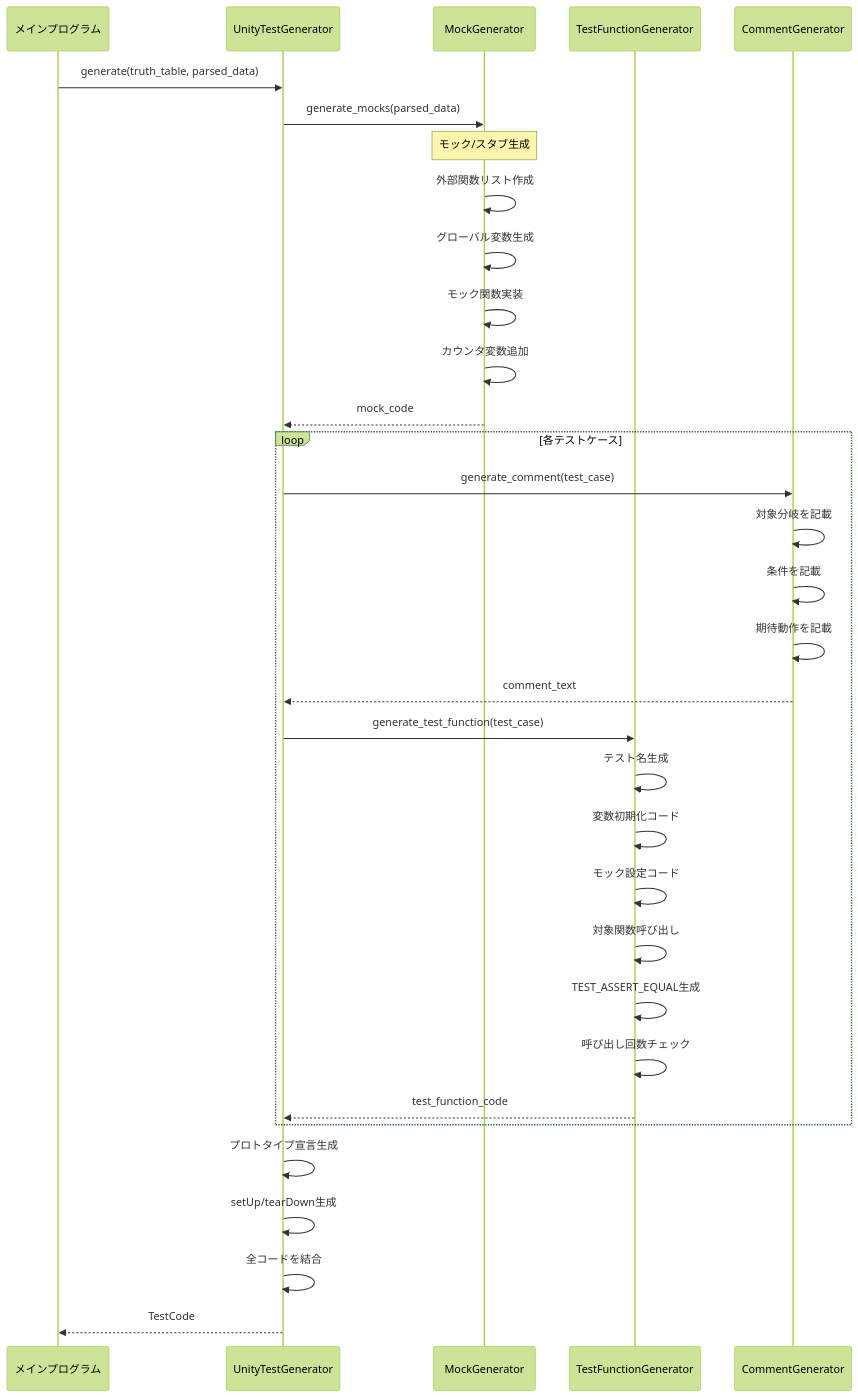
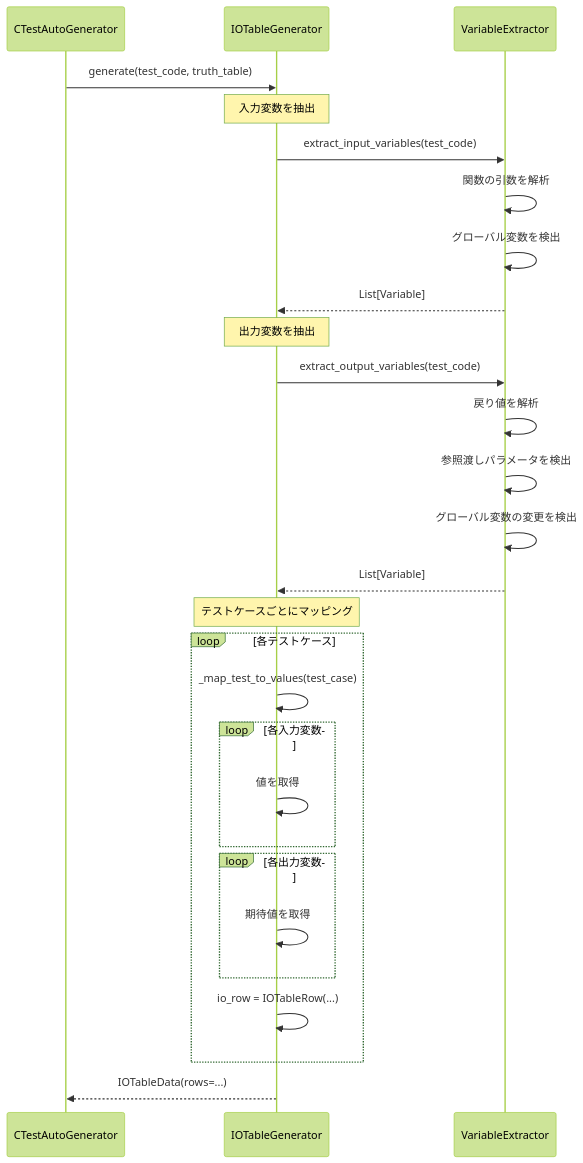
One commit to ryu5791/AutoUniTestGen changed the fifth of 9 diagrams in doc/design_sequence_diagram.md. Above: the diagram before and after it, drawn with Mermaid (forest theme). The commit also changed other lines of this file and 1 other file, not shown here.

Commit message:
v3.5.1(シーケンス図変更)

````diff
--- a/doc/design_sequence_diagram.md
+++ b/doc/design_sequence_diagram.md
@@ -137,40 +290,38 @@
 ```mermaid
 sequenceDiagram
-    participant Main as メインプログラム
-    participant TestGen as UnityTestGenerator
-    participant MockGen as MockGenerator
-    participant TestFuncGen as TestFunctionGenerator
-    participant CommentGen as CommentGenerator
+    participant Main as CTestAutoGenerator
+    participant IOGen as IOTableGenerator
+    participant VarExt as VariableExtractor
 
-    Main->>TestGen: generate(truth_table, parsed_data)
+    Main->>IOGen: generate(test_code, truth_table)
     
-    TestGen->>MockGen: generate_mocks(parsed_data)
-    Note over MockGen: モック/スタブ生成
-    MockGen->>MockGen: 外部関数リスト作成
-    MockGen->>MockGen: グローバル変数生成
-    MockGen->>MockGen: モック関数実装
-    MockGen->>MockGen: カウンタ変数追加
-    MockGen-->>TestGen: mock_code
+    Note over IOGen: 入力変数を抽出
+    IOGen->>VarExt: extract_input_variables(test_code)
+    VarExt->>VarExt: 関数の引数を解析
+    VarExt->>VarExt: グローバル変数を検出
+    VarExt-->>IOGen: List[Variable]
     
+    Note over IOGen: 出力変数を抽出
+    IOGen->>VarExt: extract_output_variables(test_code)
+    VarExt->>VarExt: 戻り値を解析
+    VarExt->>VarExt: 参照渡しパラメータを検出
+    VarExt->>VarExt: グローバル変数の変更を検出
+    VarExt-->>IOGen: List[Variable]
+    
+    Note over IOGen: テストケースごとにマッピング
     loop 各テストケース
-        TestGen->>CommentGen: generate_comment(test_case)
-        CommentGen->>CommentGen: 対象分岐を記載
-        CommentGen->>CommentGen: 条件を記載
-        CommentGen->>CommentGen: 期待動作を記載
-        CommentGen-->>TestGen: comment_text
+        IOGen->>IOGen: _map_test_to_values(test_case)
         
-        TestGen->>TestFuncGen: generate_test_function(test_case)
-        TestFuncGen->>TestFuncGen: テスト名生成
-        TestFuncGen->>TestFuncGen: 変数初期化コード
-        TestFuncGen->>TestFuncGen: モック設定コード
-        TestFuncGen->>TestFuncGen: 対象関数呼び出し
-        TestFuncGen->>TestFuncGen: TEST_ASSERT_EQUAL生成
-        TestFuncGen->>TestFuncGen: 呼び出し回数チェック
-        TestFuncGen-->>TestGen: test_function_code
+        loop 各入力変数
+            IOGen->>IOGen: 値を取得
+        end
+        
+        loop 各出力変数
+            IOGen->>IOGen: 期待値を取得
+        end
+        
+        IOGen->>IOGen: io_row = IOTableRow(...)
     end
     
-    TestGen->>TestGen: プロトタイプ宣言生成
-    TestGen->>TestGen: setUp/tearDown生成
-    TestGen->>TestGen: 全コードを結合
-    TestGen-->>Main: TestCode
+    IOGen-->>Main: IOTableData(rows=...)
 ```
````
